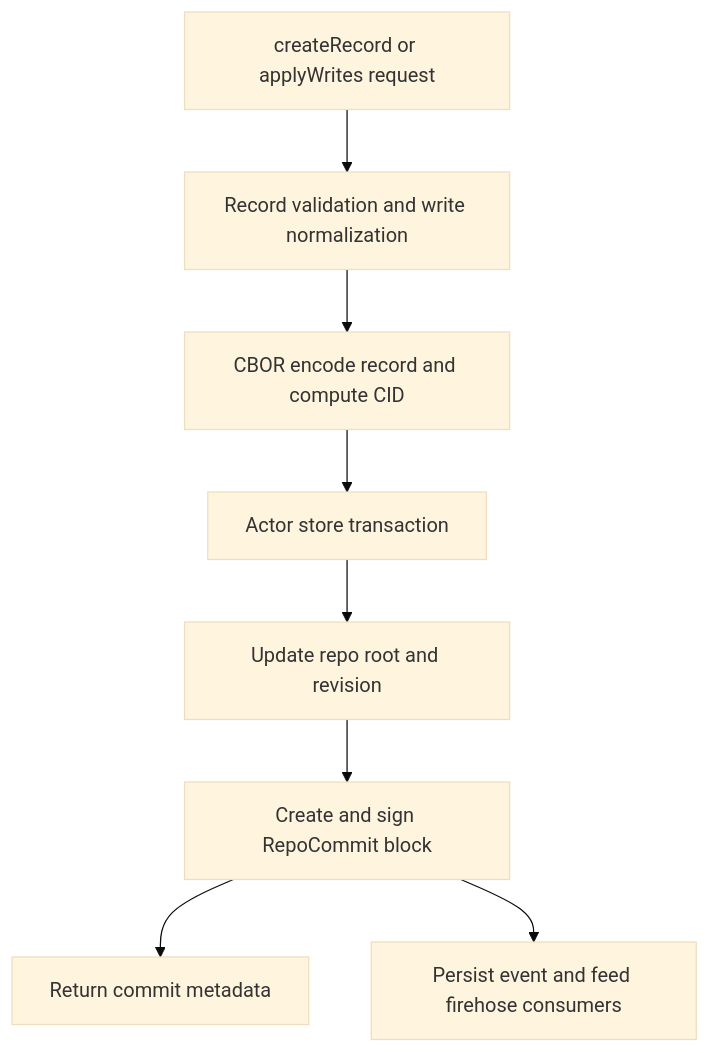
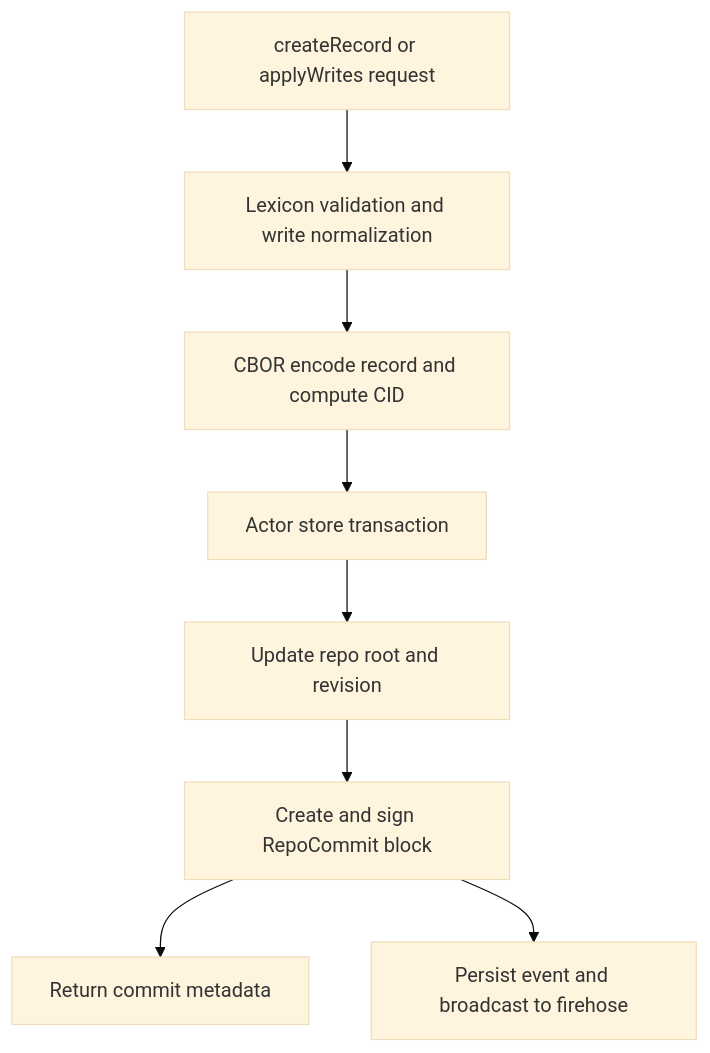
Before and after one commit to jvalinsky/garazyk: the diagram in docs/07-repository-protocol/record-write-to-commit-walkthrough.md, drawn with Mermaid (base theme). The commit also changed other lines of this file and 122 other files, not shown here.

````diff
--- a/docs/07-repository-protocol/record-write-to-commit-walkthrough.md
+++ b/docs/07-repository-protocol/record-write-to-commit-walkthrough.md
@@ -13,19 +13,19 @@
 ```mermaid
 flowchart TD
     Request["createRecord or applyWrites request"]
-    Validate["Record validation and write normalization"]
+    Validate["Lexicon validation and write normalization"]
     Encode["CBOR encode record and compute CID"]
     ActorTx["Actor store transaction"]
     RepoRoot["Update repo root and revision"]
     Commit["Create and sign RepoCommit block"]
     Result["Return commit metadata"]
-    Sync["Persist event and feed firehose consumers"]
+    Sync["Persist event and broadcast to firehose"]
 
     Request --> Validate
     Validate --> Encode
     Encode --> ActorTx
     ActorTx --> RepoRoot
     RepoRoot --> Commit
     Commit --> Result
     Commit --> Sync
 ```
````
